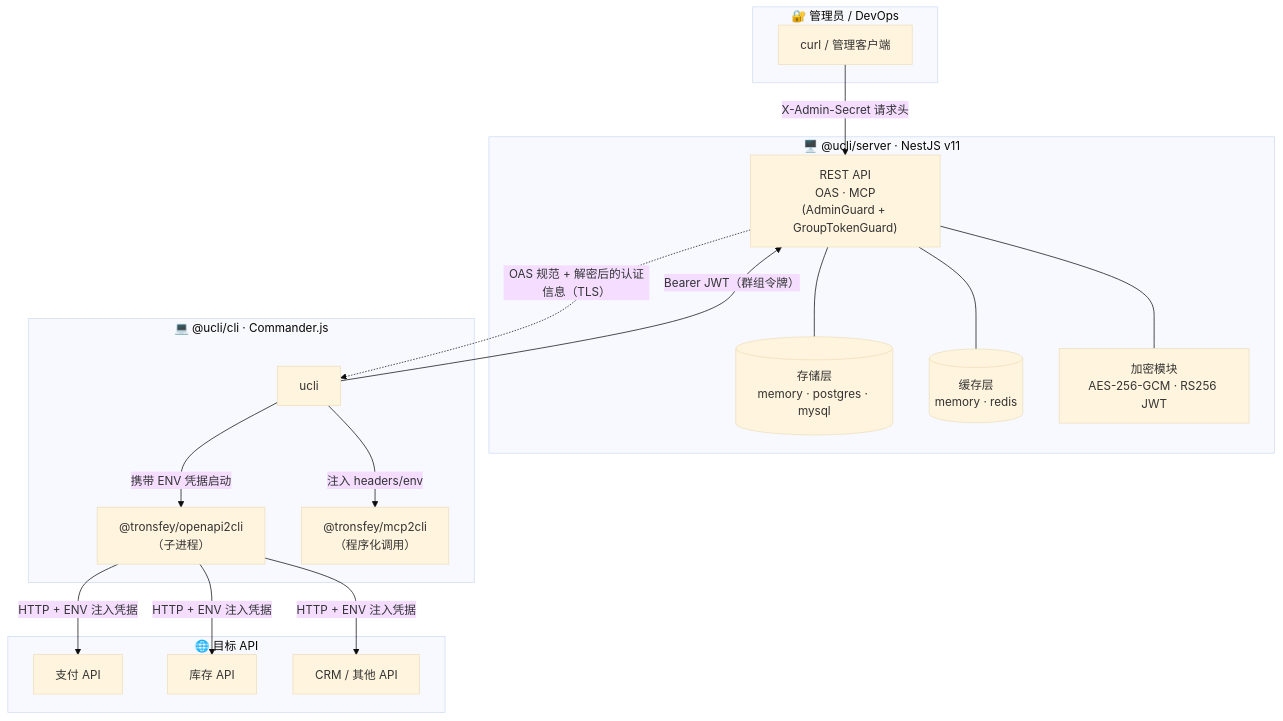
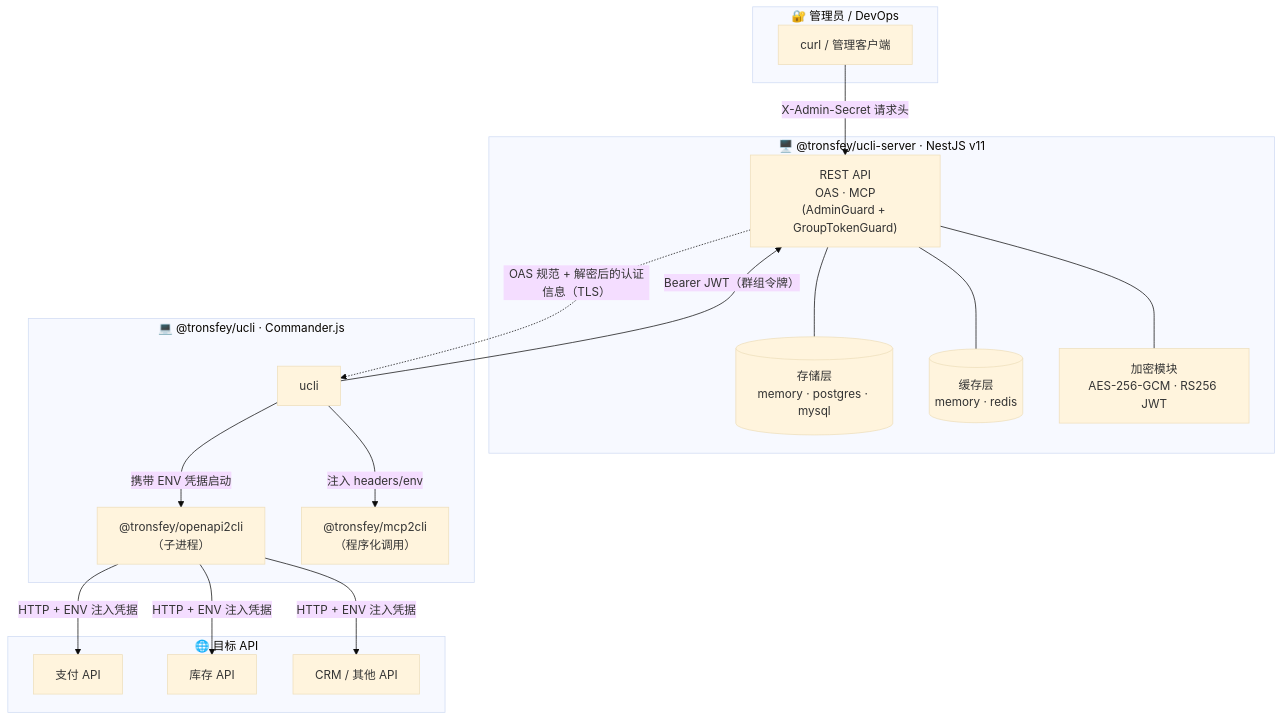
One commit to tronsfey928/ucli changed the first of 2 diagrams in README.zh.md. Above: the diagram before and after it, drawn with Mermaid (base theme). The commit also changed other lines of this file and 10 other files, not shown here.

First line of the commit message:
chore: rename packages from @ucli/* to @tronsfey/* scope and publish

````diff
--- a/README.zh.md
+++ b/README.zh.md
@@ -25,37 +25,37 @@
 ```mermaid
 graph TB
     subgraph Admin["🔐 管理员 / DevOps"]
         ADM[curl / 管理客户端]
     end
 
-    subgraph Server["🖥️  @ucli/server  ·  NestJS v11"]
+    subgraph Server["🖥️  @tronsfey/ucli-server  ·  NestJS v11"]
         SVC["REST API\nOAS · MCP\n(AdminGuard + GroupTokenGuard)"]
         ST[("存储层\nmemory · postgres · mysql")]
         CA[("缓存层\nmemory · redis")]
         CR["加密模块\nAES-256-GCM · RS256 JWT"]
         SVC --- ST
         SVC --- CA
         SVC --- CR
     end
 
-    subgraph Client["💻  @ucli/cli  ·  Commander.js"]
+    subgraph Client["💻  @tronsfey/ucli  ·  Commander.js"]
         CLI[ucli]
         O2C["@tronsfey/openapi2cli\n（子进程）"]
         M2C["@tronsfey/mcp2cli\n（程序化调用）"]
         CLI -->|"携带 ENV 凭据启动"| O2C
         CLI -->|"注入 headers/env"| M2C
     end
 
     subgraph APIs["🌐 目标 API"]
         A1[支付 API]
         A2[库存 API]
         A3["CRM / 其他 API"]
     end
 
     ADM -->|"X-Admin-Secret 请求头"| SVC
     CLI -->|"Bearer JWT（群组令牌）"| SVC
     SVC -.->|"OAS 规范 + 解密后的认证信息（TLS）"| CLI
     O2C -->|"HTTP + ENV 注入凭据"| A1
     O2C -->|"HTTP + ENV 注入凭据"| A2
     O2C -->|"HTTP + ENV 注入凭据"| A3
 ```
````
